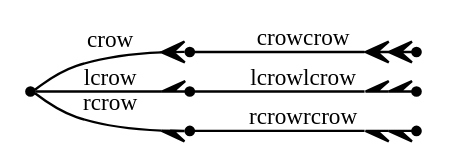
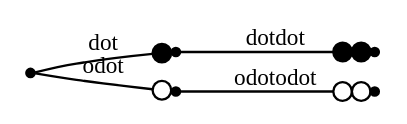
The diagram in out/clusters.out.08.009.gv (graphviz-perl/GraphViz2-Marpa-PathUtils), drawn with Graphviz before and after one commit. The commit also changed 50 other files, not shown here.

```diff
--- a/out/clusters.out.08.009.gv
+++ b/out/clusters.out.08.009.gv
@@ -1,13 +1,11 @@
 digraph G
 {
 	graph[rankdir = "LR" nodesep = "0"]
 	node[shape = "point" label = ""]
 	edge[fontsize = "10"]
-	_crow -> crow[arrowhead = "crow" label = "crow"]
-	crow -> crowcrow[arrowhead = "crowcrow" label = "crowcrow"]
-	_crow -> lcrow[arrowhead = "lcrow" label = "lcrow"]
-	lcrow -> lcrowlcrow[arrowhead = "lcrowlcrow" label = "lcrowlcrow"]
-	_crow -> rcrow[arrowhead = "rcrow" label = "rcrow"]
-	rcrow -> rcrowrcrow[arrowhead = "rcrowrcrow" label = "rcrowrcrow"]
+	_dot -> dot[arrowhead = "dot" label = "dot"]
+	dot -> dotdot[arrowhead = "dotdot" label = "dotdot"]
+	_dot -> odot[arrowhead = "odot" label = "odot"]
+	odot -> odotodot[arrowhead = "odotodot" label = "odotodot"]
 
 }
```
